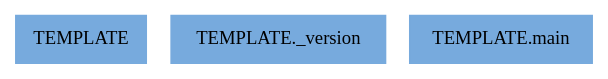
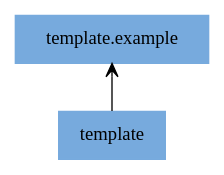
One commit to moritz-kick/gitprojecttemplate changed the diagram in docs/source/uml/packages.dot. Above: the diagram before and after it, drawn with Graphviz. The commit also changed 19 other files, not shown here.

```diff
--- a/docs/source/uml/packages.dot
+++ b/docs/source/uml/packages.dot
@@ -1,7 +1,7 @@
 digraph "packages" {
 rankdir=BT
 charset="utf-8"
-"TEMPLATE" [color="#77AADD", label=<TEMPLATE>, shape="box", style="filled"];
-"TEMPLATE._version" [color="#77AADD", label=<TEMPLATE._version>, shape="box", style="filled"];
-"TEMPLATE.main" [color="#77AADD", label=<TEMPLATE.main>, shape="box", style="filled"];
+"template" [color="#77AADD", label=<template>, shape="box", style="filled"];
+"template.example" [color="#77AADD", label=<template.example>, shape="box", style="filled"];
+"template" -> "template.example" [arrowhead="open", arrowtail="none"];
 }
```
